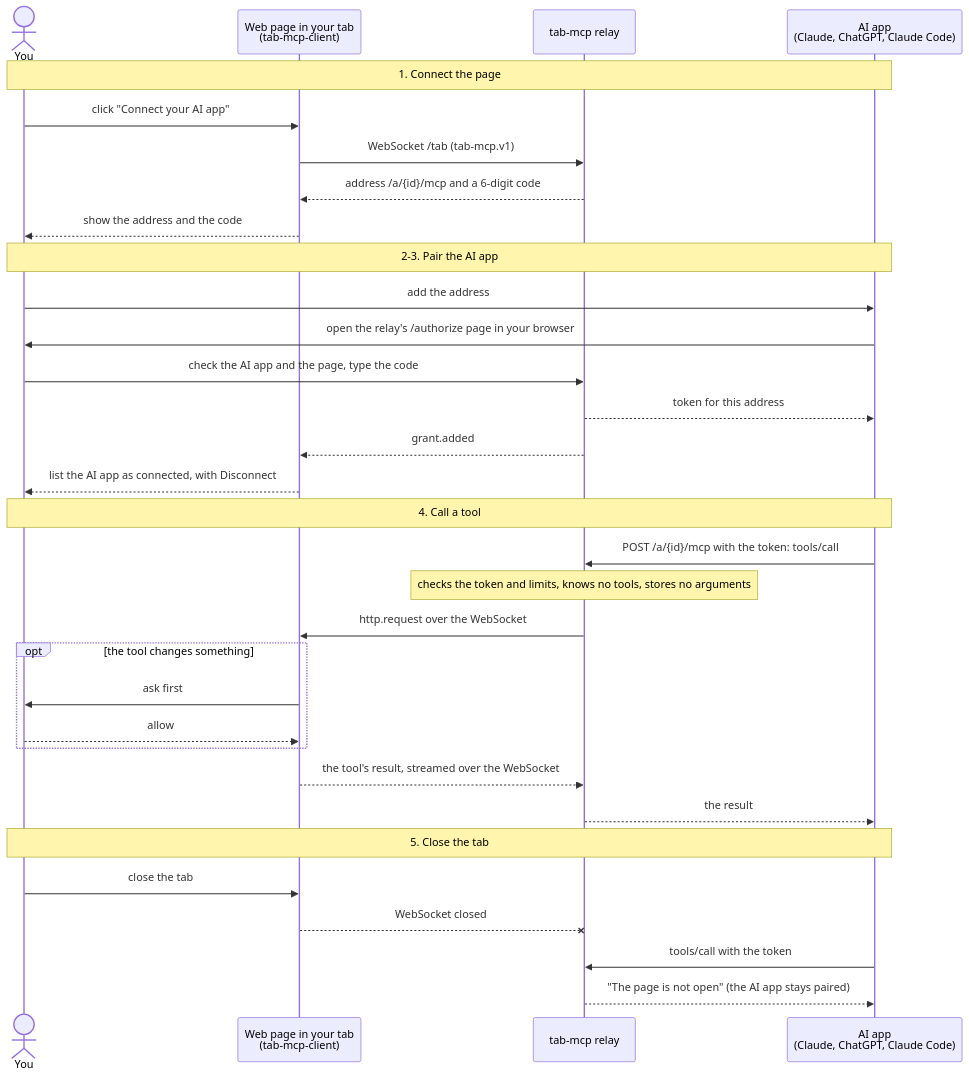
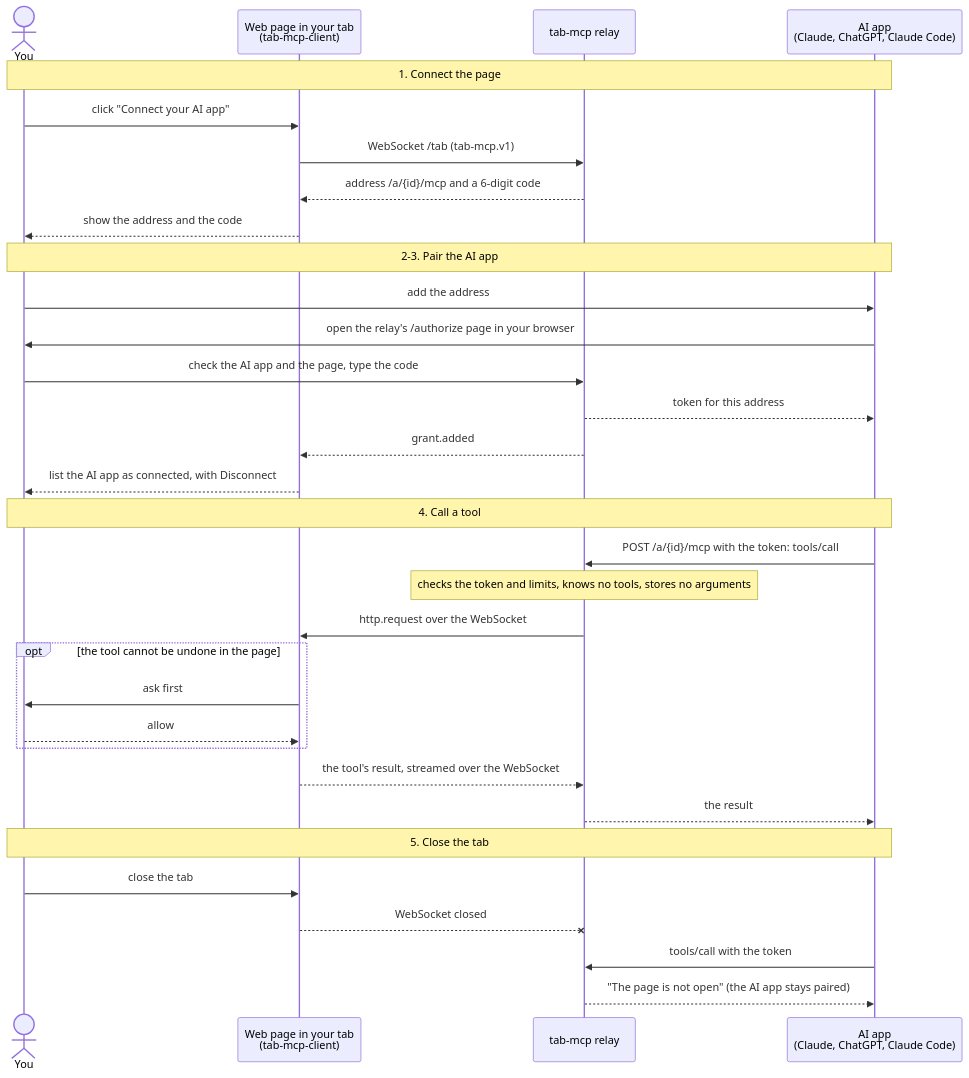
One commit to ractive/tab-mcp changed the diagram in README.md. Above: the diagram before and after it, drawn with Mermaid. The commit also changed other lines of this file and 9 other files, not shown here.

````diff
--- a/README.md
+++ b/README.md
@@ -55,38 +55,38 @@
 ```mermaid
 sequenceDiagram
     actor You
     participant Page as Web page in your tab<br/>(tab-mcp-client)
     participant Relay as tab-mcp relay
     participant App as AI app<br/>(Claude, ChatGPT, Claude Code)
 
     Note over You,App: 1. Connect the page
     You->>Page: click "Connect your AI app"
     Page->>Relay: WebSocket /tab (tab-mcp.v1)
     Relay-->>Page: address /a/{id}/mcp and a 6-digit code
     Page-->>You: show the address and the code
 
     Note over You,App: 2-3. Pair the AI app
     You->>App: add the address
     App->>You: open the relay's /authorize page in your browser
     You->>Relay: check the AI app and the page, type the code
     Relay-->>App: token for this address
     Relay-->>Page: grant.added
     Page-->>You: list the AI app as connected, with Disconnect
 
     Note over You,App: 4. Call a tool
     App->>Relay: POST /a/{id}/mcp with the token: tools/call
     Note over Relay: checks the token and limits, knows no tools, stores no arguments
     Relay->>Page: http.request over the WebSocket
-    opt the tool changes something
+    opt the tool cannot be undone in the page
         Page->>You: ask first
         You-->>Page: allow
     end
     Page-->>Relay: the tool's result, streamed over the WebSocket
     Relay-->>App: the result
 
     Note over You,App: 5. Close the tab
     You->>Page: close the tab
     Page--xRelay: WebSocket closed
     App->>Relay: tools/call with the token
     Relay-->>App: "The page is not open" (the AI app stays paired)
 ```
````
